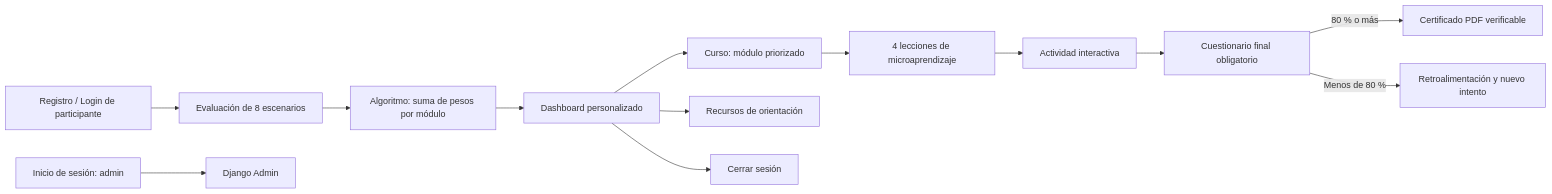
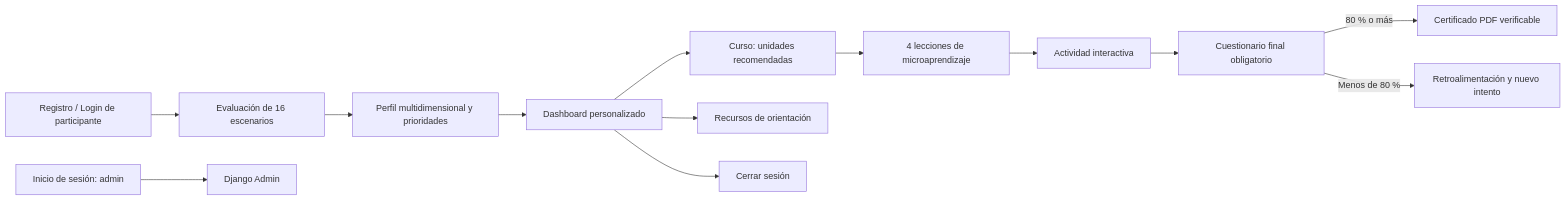
The diagram in docs/mapa_pantallas.md (Shirley0702/plataforma-ciberacoso), drawn with Mermaid before and after one commit. The commit also changed other lines of this file and 31 other files, not shown here.

Commit message:
feat: implementar perfil multidimensional de 16 escenarios

````diff
--- a/docs/mapa_pantallas.md
+++ b/docs/mapa_pantallas.md
@@ -3,15 +3,15 @@
 ```mermaid
 flowchart LR
-    R["Registro / Login de participante"] --> D["Evaluación de 8 escenarios"]
-    D --> A["Algoritmo: suma de pesos por módulo"]
+    R["Registro / Login de participante"] --> D["Evaluación de 16 escenarios"]
+    D --> A["Perfil multidimensional y prioridades"]
     A --> P["Dashboard personalizado"]
-    P --> C["Curso: módulo priorizado"]
+    P --> C["Curso: unidades recomendadas"]
     C --> L["4 lecciones de microaprendizaje"]
     L --> I["Actividad interactiva"]
     I --> Q["Cuestionario final obligatorio"]
     Q -->|"80 % o más"| CE["Certificado PDF verificable"]
     Q -->|"Menos de 80 %"| RE["Retroalimentación y nuevo intento"]
     P --> O["Recursos de orientación"]
     P --> S["Cerrar sesión"]
     ADM["Inicio de sesión: admin"] --> DA["Django Admin"]
 ```
````
